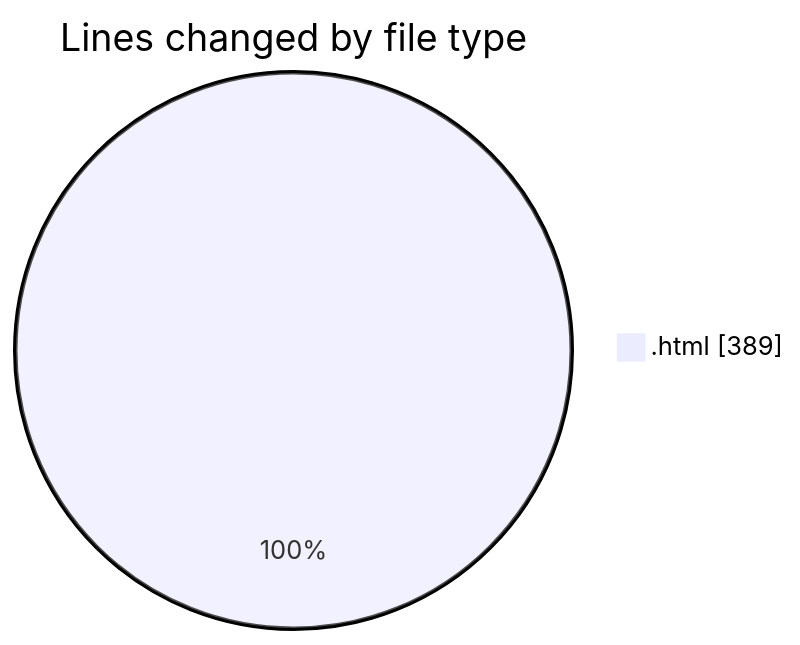
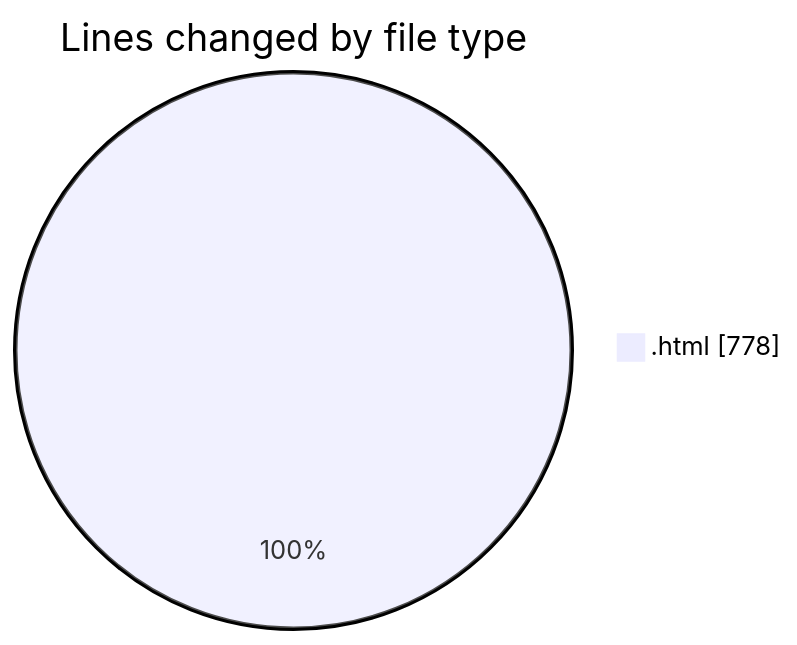
One commit to vahidmafi/code-tracking changed the first of 2 diagrams in 2025-06-07/www/README.md. Above: the diagram before and after it, drawn with Mermaid. The commit also changed other lines of this file and 1 other file, not shown here.

````diff
--- a/2025-06-07/www/README.md
+++ b/2025-06-07/www/README.md
@@ -20,5 +21,5 @@
 ```mermaid
 pie showData
 title Lines changed by file type
-".html" : 389
+".html" : 778
 ```
````
